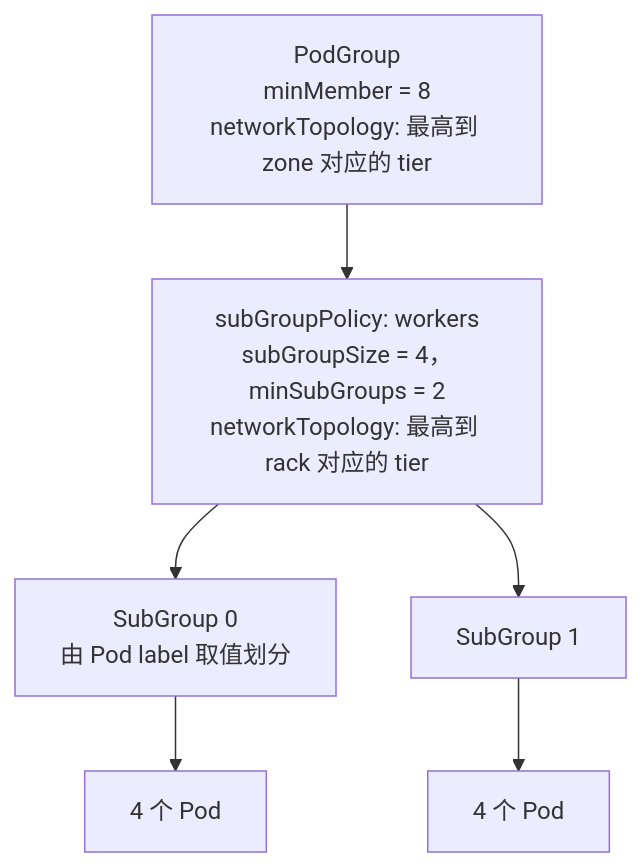
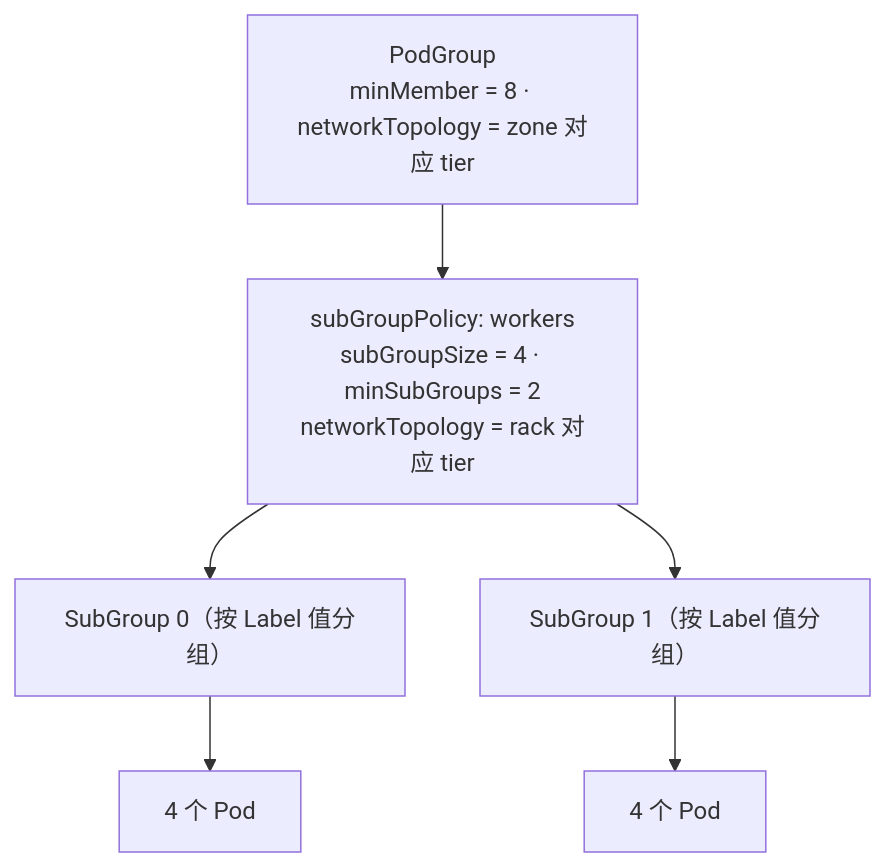
Before and after one commit to JesseStutler/volcano: the eighth of 15 diagrams in docs/research/k8s-workload-aware-scheduling-vs-volcano-cn.md, drawn with Mermaid. The commit also changed other lines of this file and 1 other file, not shown here.

First line of the commit message:
docs: improve readability of upstream PodGroup vs Volcano report

````diff
--- a/docs/research/k8s-workload-aware-scheduling-vs-volcano-cn.md
+++ b/docs/research/k8s-workload-aware-scheduling-vs-volcano-cn.md
@@ -406,12 +319,13 @@
 ```mermaid
 flowchart TD
-    VPG["PodGroup<br/>minMember = 8<br/>networkTopology: 最高到 zone 对应的 tier"]
-    Pol["subGroupPolicy: workers<br/>subGroupSize = 4，minSubGroups = 2<br/>networkTopology: 最高到 rack 对应的 tier"]
-    S0["SubGroup 0<br/>由 Pod label 取值划分"]
-    S1["SubGroup 1"]
+    VPG["PodGroup<br/>minMember = 8 · networkTopology = zone 对应 tier"]
+    Pol["subGroupPolicy: workers<br/>subGroupSize = 4 · minSubGroups = 2<br/>networkTopology = rack 对应 tier"]
+    S0["SubGroup 0（按 Label 值分组）"]
+    S1["SubGroup 1（按 Label 值分组）"]
+
     VPG --> Pol
     Pol --> S0
     Pol --> S1
     S0 --> P0["4 个 Pod"]
     S1 --> P1["4 个 Pod"]
 ```
````
